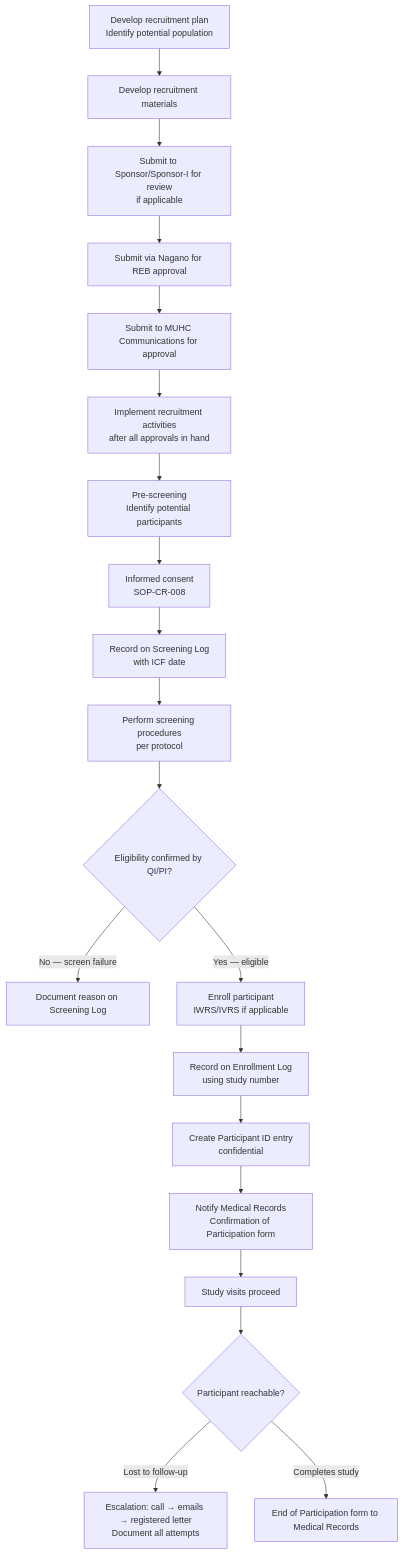
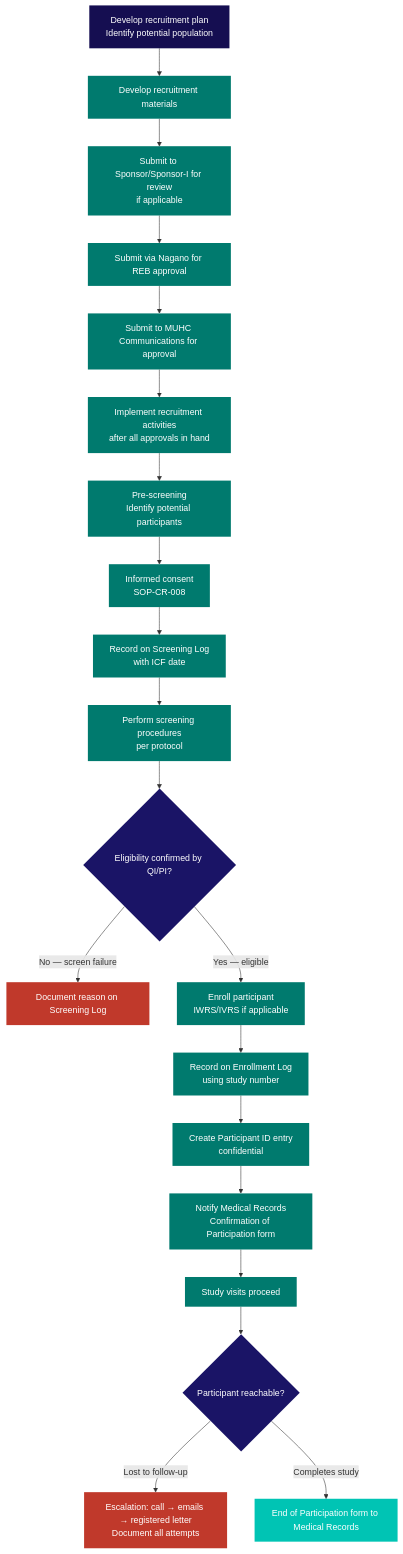
One commit to matthewfiorentino/docs changed the diagram in sops/cr-009.mdx. Above: the diagram before and after it, drawn with Mermaid. The commit also changed 14 other files, not shown here.

````diff
--- a/sops/cr-009.mdx
+++ b/sops/cr-009.mdx
@@ -46,22 +46,43 @@
 ```mermaid
 flowchart TD
     A[Develop recruitment plan\nIdentify potential population] --> B[Develop recruitment materials]
     B --> C[Submit to Sponsor/Sponsor-I for review\nif applicable]
     C --> D[Submit via Nagano for REB approval]
     D --> E[Submit to MUHC Communications for approval]
     E --> F[Implement recruitment activities\nafter all approvals in hand]
     F --> G[Pre-screening\nIdentify potential participants]
     G --> H[Informed consent\nSOP-CR-008]
     H --> I[Record on Screening Log\nwith ICF date]
     I --> J[Perform screening procedures\nper protocol]
     J --> K{Eligibility confirmed by QI/PI?}
     K -->|No — screen failure| L[Document reason on Screening Log]
     K -->|Yes — eligible| M[Enroll participant\nIWRS/IVRS if applicable]
     M --> N[Record on Enrollment Log\nusing study number]
     N --> O[Create Participant ID entry\nconfidential]
     O --> P[Notify Medical Records\nConfirmation of Participation form]
     P --> Q[Study visits proceed]
     Q --> R{Participant reachable?}
     R -->|Lost to follow-up| S[Escalation: call → emails → registered letter\nDocument all attempts]
     R -->|Completes study| T[End of Participation form to Medical Records]
+
+    style A fill:#150e51,color:#fff,stroke:none
+    style B fill:#007a6e,color:#fff,stroke:none
+    style C fill:#007a6e,color:#fff,stroke:none
+    style D fill:#007a6e,color:#fff,stroke:none
+    style E fill:#007a6e,color:#fff,stroke:none
+    style F fill:#007a6e,color:#fff,stroke:none
+    style G fill:#007a6e,color:#fff,stroke:none
+    style H fill:#007a6e,color:#fff,stroke:none
+    style I fill:#007a6e,color:#fff,stroke:none
+    style J fill:#007a6e,color:#fff,stroke:none
+    style K fill:#1a1466,color:#fff,stroke:none
+    style L fill:#c0392b,color:#fff,stroke:none
+    style M fill:#007a6e,color:#fff,stroke:none
+    style N fill:#007a6e,color:#fff,stroke:none
+    style O fill:#007a6e,color:#fff,stroke:none
+    style P fill:#007a6e,color:#fff,stroke:none
+    style Q fill:#007a6e,color:#fff,stroke:none
+    style R fill:#1a1466,color:#fff,stroke:none
+    style S fill:#c0392b,color:#fff,stroke:none
+    style T fill:#00c4b4,color:#fff,stroke:none
 ```
````
